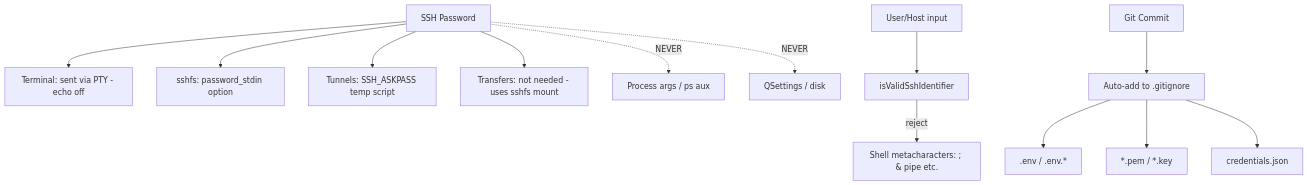
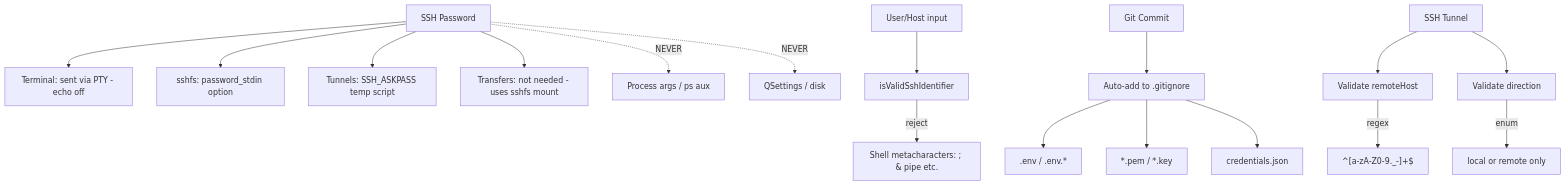
Diagram 17 of 19 in docs/diagrams.md (dkrse/vibe-coder), drawn with Mermaid before and after one commit. The commit also changed other lines of this file and 18 other files, not shown here.

````diff
--- a/docs/diagrams.md
+++ b/docs/diagrams.md
@@ -583,17 +610,22 @@
 ```mermaid
 flowchart TD
     PWD[SSH Password] --> T1[Terminal: sent via PTY - echo off]
     PWD --> T2[sshfs: password_stdin option]
     PWD --> T3[Tunnels: SSH_ASKPASS temp script]
     PWD --> T4[Transfers: not needed - uses sshfs mount]
     PWD -.->|NEVER| PS[Process args / ps aux]
     PWD -.->|NEVER| DISK[QSettings / disk]
 
     INPUT[User/Host input] --> VAL[isValidSshIdentifier]
     VAL -->|reject| META["Shell metacharacters: ; & pipe etc."]
 
     COMMIT[Git Commit] --> GITIGNORE[Auto-add to .gitignore]
     GITIGNORE --> ENV[.env / .env.*]
     GITIGNORE --> PEM[*.pem / *.key]
     GITIGNORE --> CRED[credentials.json]
+
+    TUNNEL[SSH Tunnel] --> TVAL[Validate remoteHost]
+    TVAL -->|regex| SAFE["^[a-zA-Z0-9._-]+$"]
+    TUNNEL --> DVAL[Validate direction]
+    DVAL -->|enum| DIR["local or remote only"]
 ```
````
